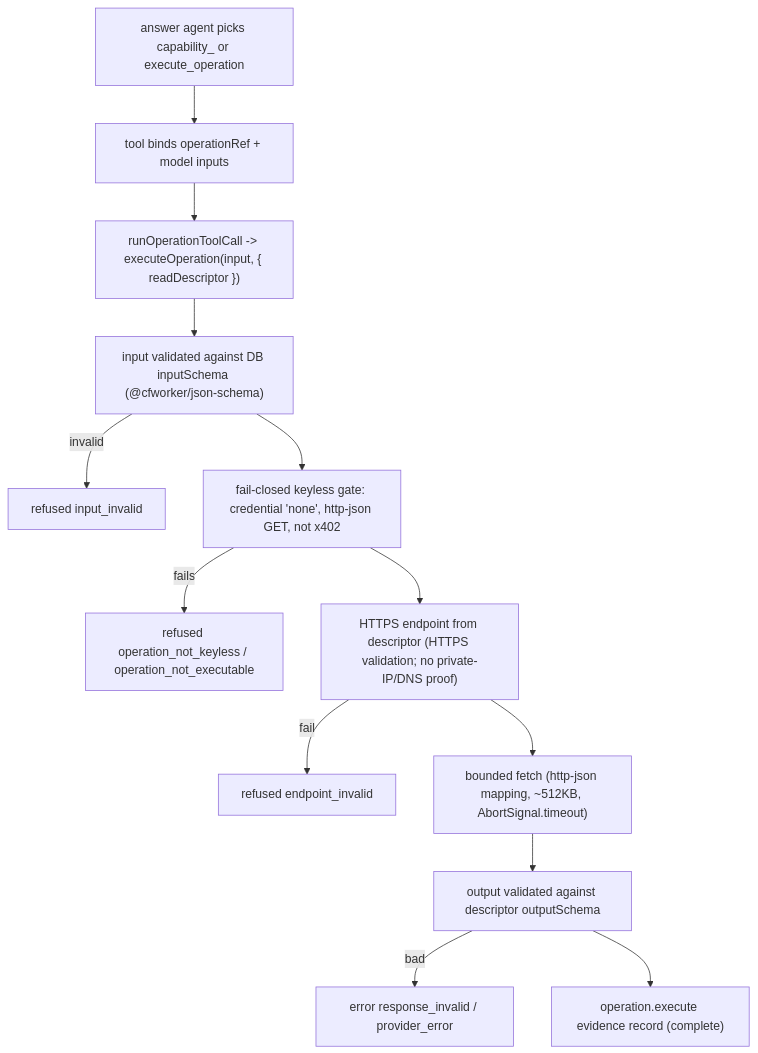
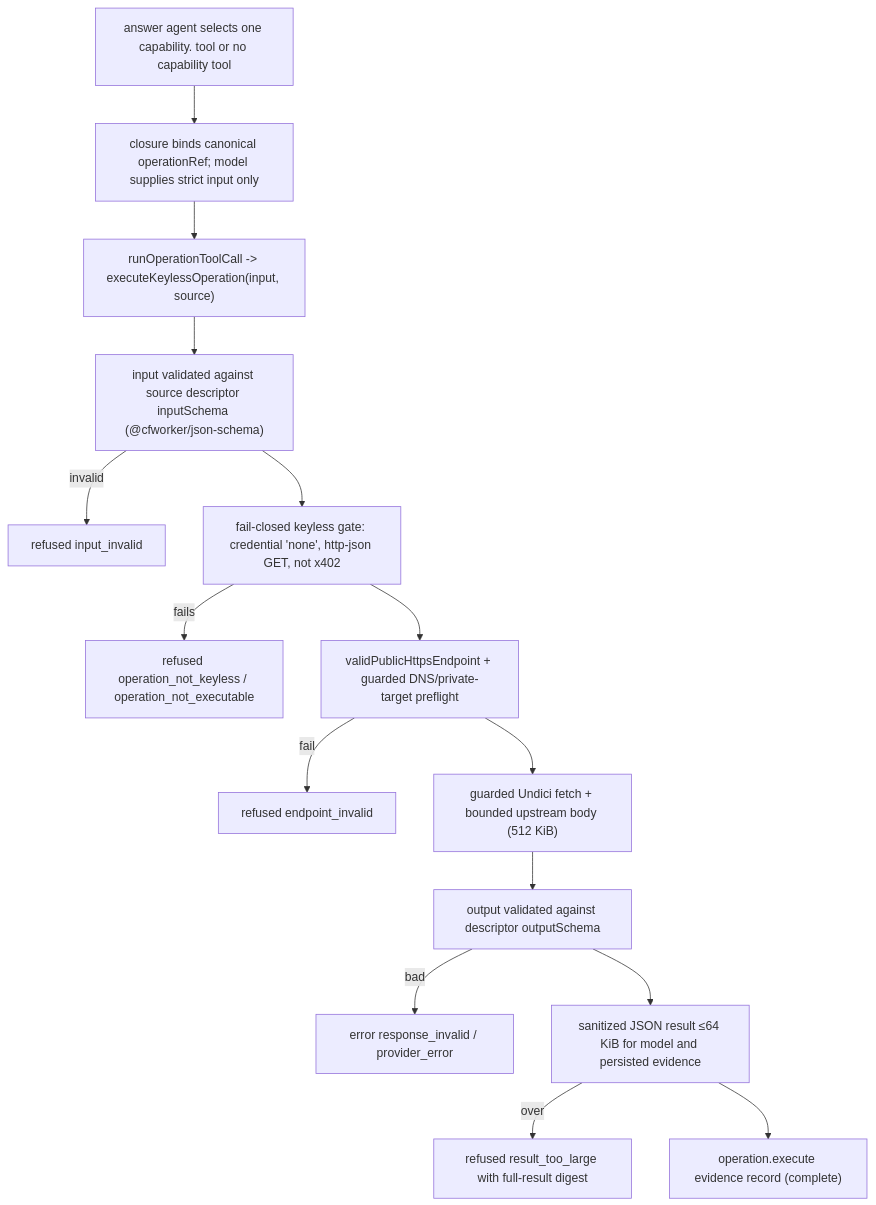
The second of 4 diagrams in .planning/codebase/PROMPT-DATA-FLOW.md (CreasyBear/Agentic-Economy), drawn with Mermaid before and after one commit. The commit also changed other lines of this file and 1 other file, not shown here.

Commit message:
docs: refresh prompt and IA data flows

````diff
--- a/.planning/codebase/PROMPT-DATA-FLOW.md
+++ b/.planning/codebase/PROMPT-DATA-FLOW.md
@@ -140,15 +140,17 @@
 ```mermaid
 flowchart TD
-  AGT["answer agent picks capability_<op> or execute_operation"] --> SEED["tool binds operationRef + model inputs"]
-  SEED --> EXEC["runOperationToolCall -> executeOperation(input, { readDescriptor })"]
-  EXEC --> VAL["input validated against DB inputSchema (@cfworker/json-schema)"]
+  AGT["answer agent selects one capability.<canonical-ref> tool or no capability tool"] --> BIND["closure binds canonical operationRef; model supplies strict input only"]
+  BIND --> EXEC["runOperationToolCall -> executeKeylessOperation(input, source)"]
+  EXEC --> VAL["input validated against source descriptor inputSchema (@cfworker/json-schema)"]
   VAL -->|invalid| R1["refused input_invalid"]
   VAL --> GATE["fail-closed keyless gate: credential 'none', http-json GET, not x402"]
   GATE -->|fails| R2["refused operation_not_keyless / operation_not_executable"]
-  GATE --> HTTPS["HTTPS endpoint from descriptor (HTTPS validation; no private-IP/DNS proof)"]
-  HTTPS -->|fail| R3["refused endpoint_invalid"]
-  HTTPS --> FETCH["bounded fetch (http-json mapping, ~512KB, AbortSignal.timeout)"]
+  GATE --> TARGET["validPublicHttpsEndpoint + guarded DNS/private-target preflight"]
+  TARGET -->|fail| R3["refused endpoint_invalid"]
+  TARGET --> FETCH["guarded Undici fetch + bounded upstream body (512 KiB)"]
   FETCH --> OUT["output validated against descriptor outputSchema"]
   OUT -->|bad| E["error response_invalid / provider_error"]
-  OUT --> REC["operation.execute evidence record (complete)"]
+  OUT --> LIMIT["sanitized JSON result ≤64 KiB for model and persisted evidence"]
+  LIMIT -->|over| R4["refused result_too_large with full-result digest"]
+  LIMIT --> REC["operation.execute evidence record (complete)"]
 ```
````
